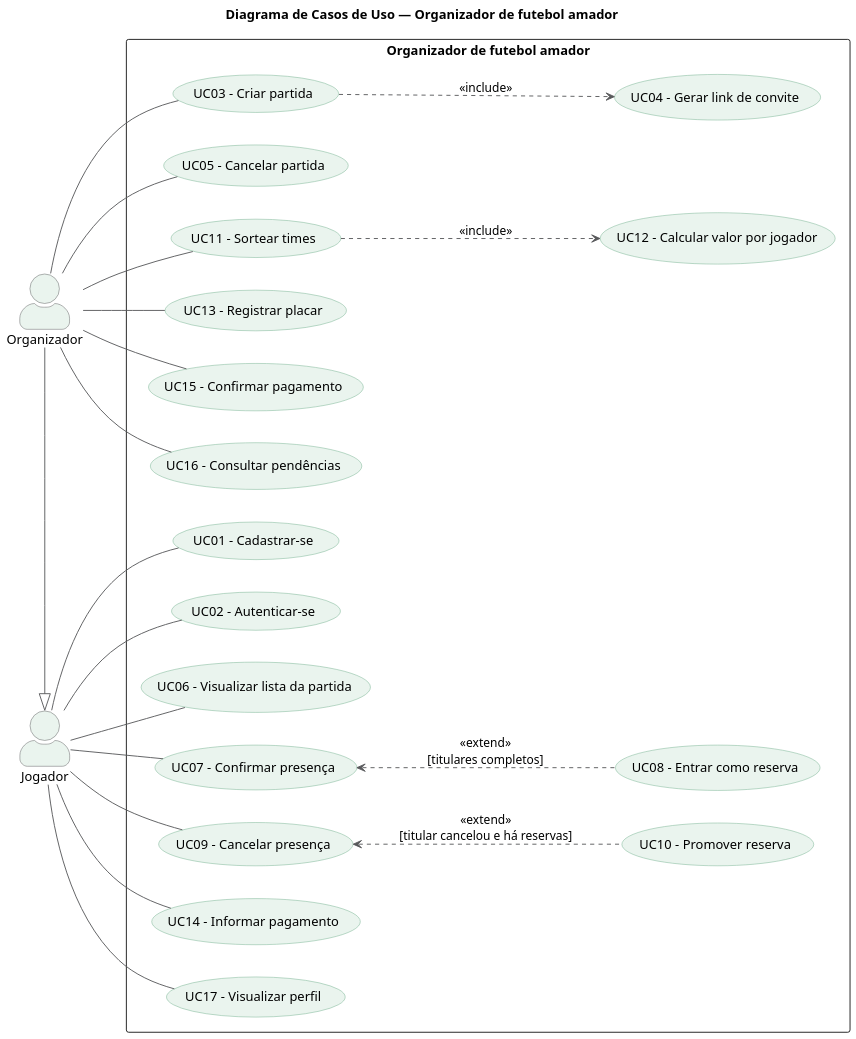
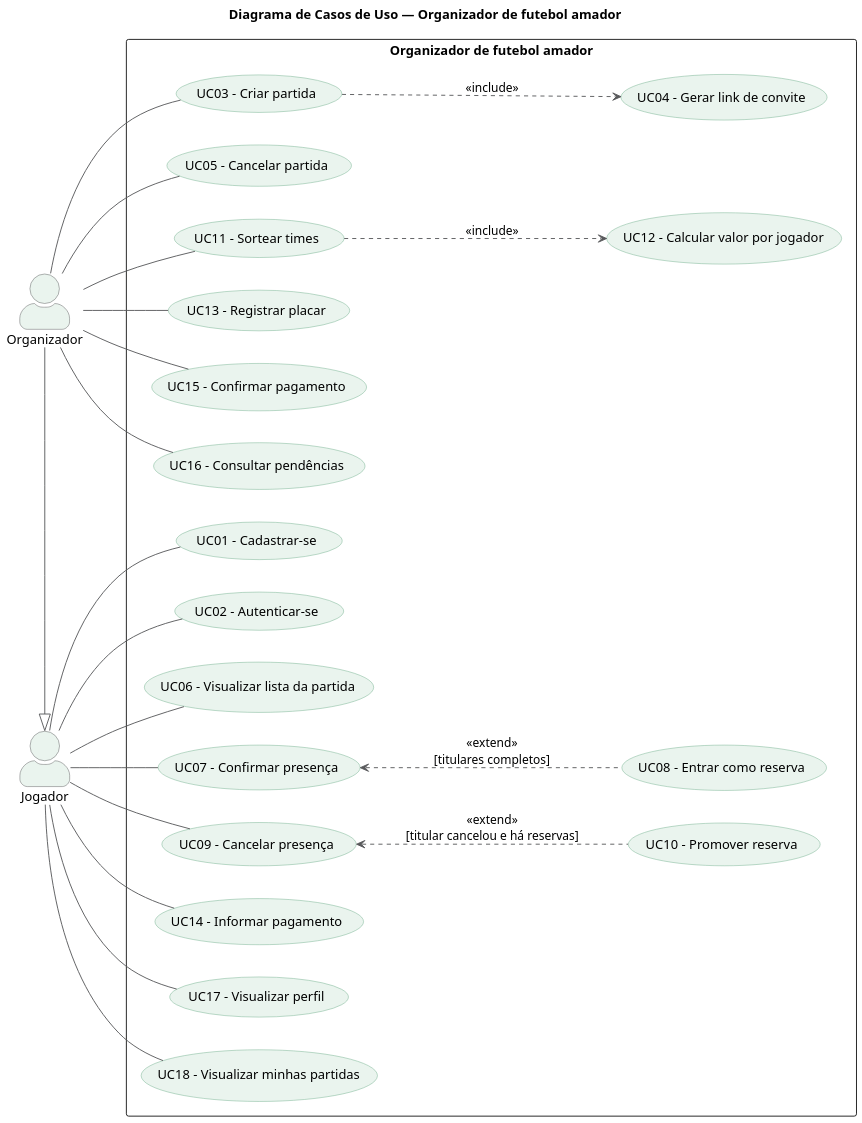
The diagram in diagramas/casos_de_uso.puml (VictorAndreon/Organizador-futebol-amador), drawn with PlantUML before and after one commit. The commit also changed 28 other files, not shown here.

First line of the commit message:
Adiciona protótipo (mapa do site e telas) e UC18 - Visualizar minhas partidas

```diff
--- a/diagramas/casos_de_uso.puml
+++ b/diagramas/casos_de_uso.puml
@@ -1,77 +1,79 @@
 @startuml casos_de_uso
 title Diagrama de Casos de Uso — Organizador de futebol amador
 
 skinparam dpi 150
 
 left to right direction
 skinparam actorStyle awesome
 skinparam packageStyle rectangle
 skinparam ArrowColor #58595B
 skinparam ActorBorderColor #58595B
 skinparam ActorBackgroundColor #EAF4EE
 skinparam usecase {
   BackgroundColor #EAF4EE
   BorderColor #6FAE8C
 }
 
 actor "Jogador" as Jogador
 actor "Organizador" as Organizador
 
 Organizador -|> Jogador
 
 rectangle "Organizador de futebol amador" {
   ' Conta
   usecase "UC01 - Cadastrar-se" as UC01
   usecase "UC02 - Autenticar-se" as UC02
 
   ' Partida
   usecase "UC03 - Criar partida" as UC03
   usecase "UC04 - Gerar link de convite" as UC04
   usecase "UC05 - Cancelar partida" as UC05
   usecase "UC06 - Visualizar lista da partida" as UC06
 
   ' Presença
   usecase "UC07 - Confirmar presença" as UC07
   usecase "UC08 - Entrar como reserva" as UC08
   usecase "UC09 - Cancelar presença" as UC09
   usecase "UC10 - Promover reserva" as UC10
 
   ' Jogo
   usecase "UC11 - Sortear times" as UC11
   usecase "UC12 - Calcular valor por jogador" as UC12
   usecase "UC13 - Registrar placar" as UC13
 
   ' Pagamento
   usecase "UC14 - Informar pagamento" as UC14
   usecase "UC15 - Confirmar pagamento" as UC15
   usecase "UC16 - Consultar pendências" as UC16
 
   ' Perfil
   usecase "UC17 - Visualizar perfil" as UC17
+  usecase "UC18 - Visualizar minhas partidas" as UC18
 }
 
 ' Jogador
 Jogador -- UC01
 Jogador -- UC02
 Jogador -- UC06
 Jogador -- UC07
 Jogador -- UC09
 Jogador -- UC14
 Jogador -- UC17
+Jogador -- UC18
 
 ' Organizador (também herda todos os casos do Jogador)
 Organizador -- UC03
 Organizador -- UC05
 Organizador -- UC11
 Organizador -- UC13
 Organizador -- UC15
 Organizador -- UC16
 
 ' Relacionamentos ("A <.. B" desenha a seta de B para A,
 ' mantendo o caso base perto do ator)
 UC03 ..> UC04 : <<include>>
 UC11 ..> UC12 : <<include>>
 UC07 <.. UC08 : <<extend>>\n[titulares completos]
 UC09 <.. UC10 : <<extend>>\n[titular cancelou e há reservas]
 
 @enduml
```
